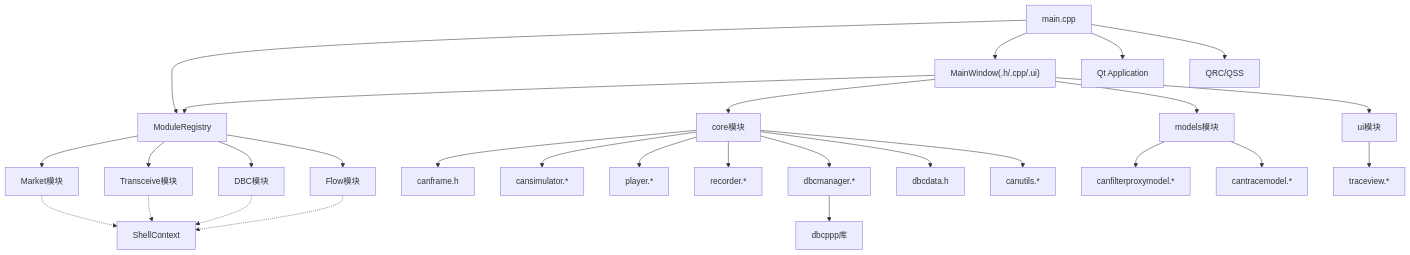
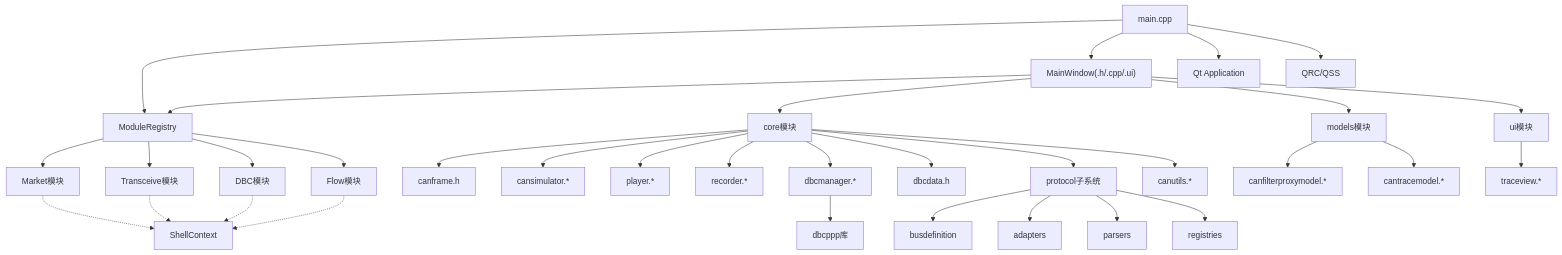
The eighth of 8 diagrams in .qoder/repowiki/zh/content/核心模块详解/核心模块详解.md (jakecai1225-design/OpenBus), drawn with Mermaid before and after one commit. The commit also changed other lines of this file and 899 other files, not shown here.

````diff
--- a/.qoder/repowiki/zh/content/核心模块详解/核心模块详解.md
+++ b/.qoder/repowiki/zh/content/核心模块详解/核心模块详解.md
@@ -771,30 +1026,35 @@
 ```mermaid
 graph TB
 Main["main.cpp"] --> Registry["ModuleRegistry"]
 Registry --> Market["Market模块"]
 Registry --> Transceive["Transceive模块"]
 Registry --> DBC["DBC模块"]
 Registry --> Flow["Flow模块"]
 Main --> Win["MainWindow(.h/.cpp/.ui)"]
 Win --> Registry
 Win --> Core["core模块"]
 Win --> Models["models模块"]
 Win --> UI["ui模块"]
 Core --> CanFrame["canframe.h"]
 Core --> Simulator["cansimulator.*"]
 Core --> Player["player.*"]
 Core --> Recorder["recorder.*"]
 Core --> DBCManager["dbcmanager.*"]
 Core --> DBCData["dbcdata.h"]
+Core --> Protocol["protocol子系统"]
 Models --> FilterModel["canfilterproxymodel.*"]
 Models --> TraceModel["cantracemodel.*"]
 UI --> TraceView["traceview.*"]
 Core --> Utils["canutils.*"]
 DBCManager --> DBCPP["dbcppp库"]
+Protocol --> BusDef["busdefinition"]
+Protocol --> Adapters["adapters"]
+Protocol --> Parsers["parsers"]
+Protocol --> Registries["registries"]
 Main --> QtA["Qt Application"]
 Main --> Res["QRC/QSS"]
 Market -.-> ShellCtx["ShellContext"]
 Transceive -.-> ShellCtx
 DBC -.-> ShellCtx
 Flow -.-> ShellCtx
 ```
````
